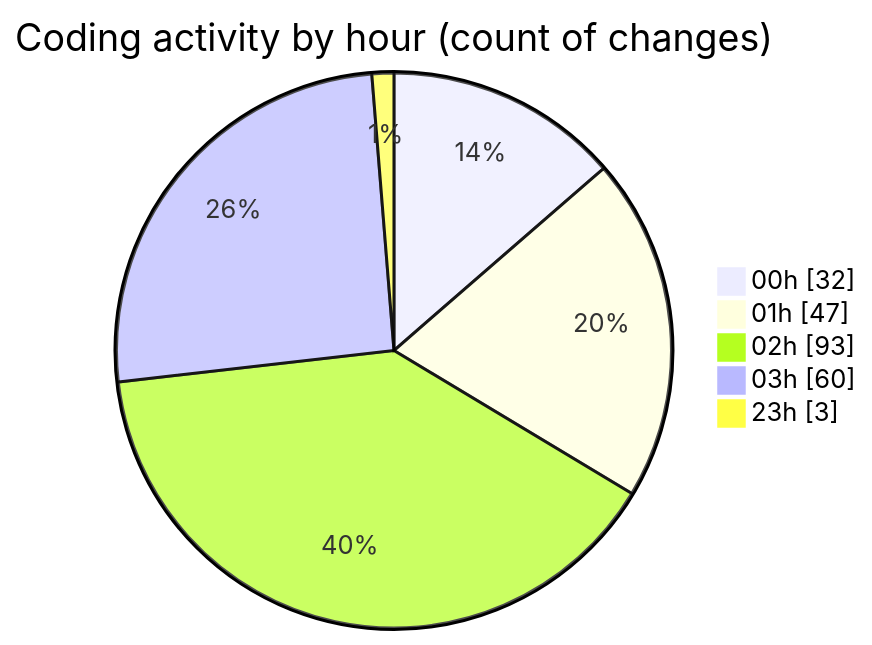
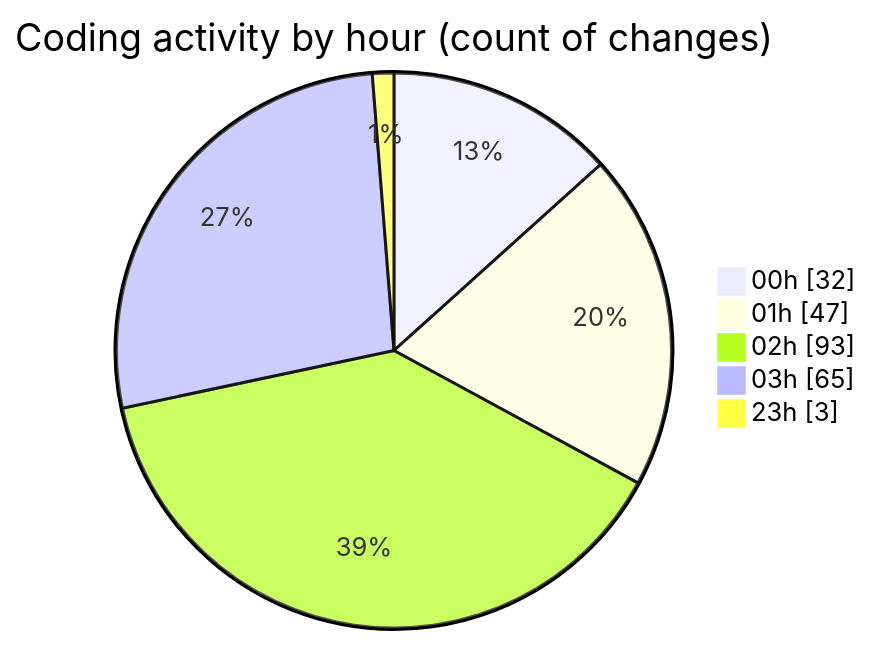
Before and after one commit to lephambinh05/code-tracking: the second of 2 diagrams in 2025-07-28/quanlyrapchieuphim-1/README.md, drawn with Mermaid. The commit also changed other lines of this file and 1 other file, not shown here.

````diff
--- a/2025-07-28/quanlyrapchieuphim-1/README.md
+++ b/2025-07-28/quanlyrapchieuphim-1/README.md
@@ -53,9 +53,9 @@
 ```mermaid
 pie showData
 title Coding activity by hour (count of changes)
 "00h" : 32
 "01h" : 47
 "02h" : 93
-"03h" : 60
+"03h" : 65
 "23h" : 3
 ```
````
